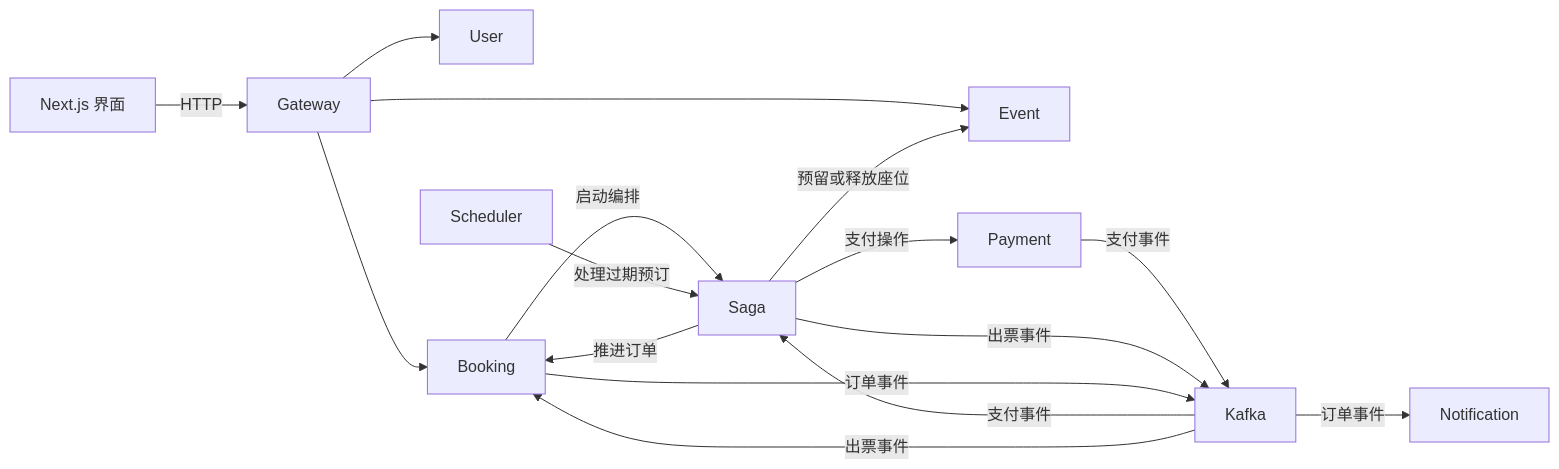
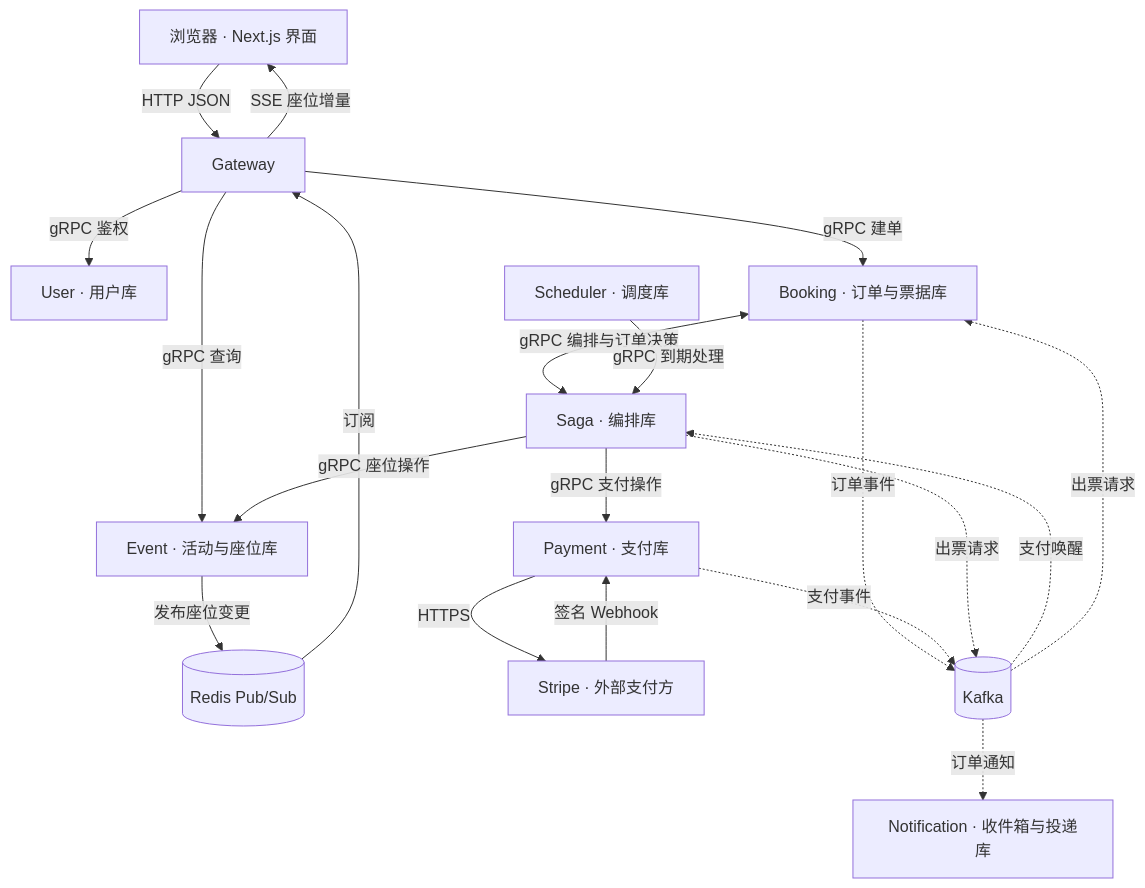
Before and after one commit to Swhshd/RushGo-Portfolio: the first of 2 diagrams in README.md, drawn with Mermaid. The commit also changed other lines of this file and 41 other files, not shown here.

Commit message:
docs: add technical diagrams and page gallery

````diff
--- a/README.md
+++ b/README.md
@@ -39,18 +39,22 @@
 ```mermaid
-flowchart LR
-    Web["Next.js 界面"] -->|HTTP| Gateway
-    Gateway --> User
-    Gateway --> Event
-    Gateway --> Booking
-    Booking -->|启动编排| Saga
-    Saga -->|预留或释放座位| Event
-    Saga -->|支付操作| Payment
-    Saga -->|推进订单| Booking
-    Payment -->|支付事件| Kafka
-    Kafka -->|支付事件| Saga
-    Saga -->|出票事件| Kafka
-    Kafka -->|出票事件| Booking
-    Booking -->|订单事件| Kafka
-    Kafka -->|订单事件| Notification
-    Scheduler -->|处理过期预订| Saga
+flowchart TB
+    Web["浏览器 · Next.js 界面"] -->|HTTP JSON| G["Gateway"]
+    G -->|SSE 座位增量| Web
+    G -->|gRPC 鉴权| U["User · 用户库"]
+    G -->|gRPC 查询| E["Event · 活动与座位库"]
+    G -->|gRPC 建单| B["Booking · 订单与票据库"]
+    B <-->|gRPC 编排与订单决策| S["Saga · 编排库"]
+    S -->|gRPC 座位操作| E
+    S -->|gRPC 支付操作| P["Payment · 支付库"]
+    J["Scheduler · 调度库"] -->|gRPC 到期处理| S
+    E -->|发布座位变更| R[("Redis Pub/Sub")]
+    R -->|订阅| G
+    P -->|HTTPS| Stripe["Stripe · 外部支付方"]
+    Stripe -->|签名 Webhook| P
+    B -. 订单事件 .-> K[("Kafka")]
+    P -. 支付事件 .-> K
+    K -. 支付唤醒 .-> S
+    S -. 出票请求 .-> K
+    K -. 出票请求 .-> B
+    K -. 订单通知 .-> N["Notification · 收件箱与投递库"]
 ```
````
